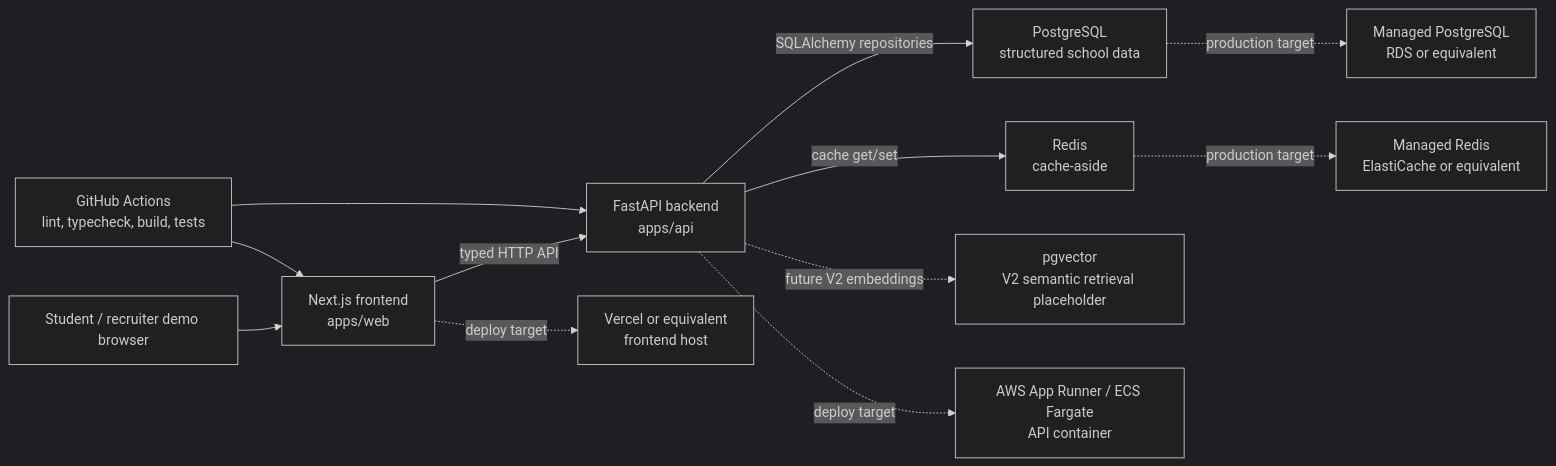
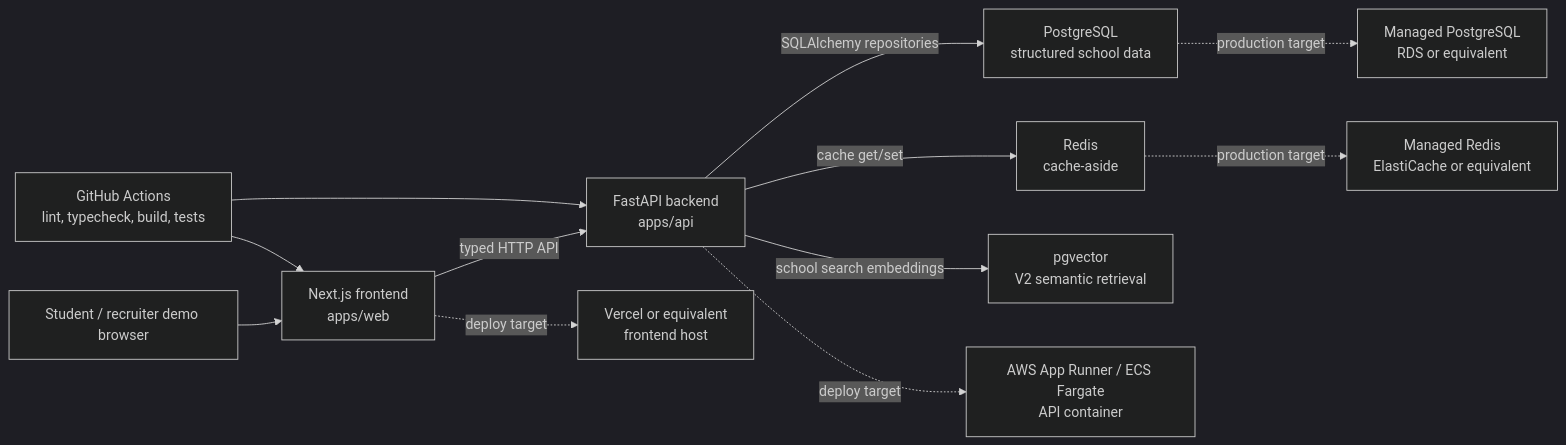
Before and after one commit to codysj/College-Explorer: the diagram in README.md, drawn with Mermaid (dark theme). The commit also changed other lines of this file and 17 other files, not shown here.

````diff
--- a/README.md
+++ b/README.md
@@ -38,27 +39,27 @@
 ```mermaid
 flowchart LR
     user["Student / recruiter demo browser"]
     web["Next.js frontend<br/>apps/web"]
     api["FastAPI backend<br/>apps/api"]
     pg["PostgreSQL<br/>structured school data"]
     redis["Redis<br/>cache-aside"]
-    pgvector["pgvector<br/>V2 semantic retrieval placeholder"]
+    pgvector["pgvector<br/>V2 semantic retrieval"]
     gha["GitHub Actions<br/>lint, typecheck, build, tests"]
     vercel["Vercel or equivalent<br/>frontend host"]
     aws["AWS App Runner / ECS Fargate<br/>API container"]
     rds["Managed PostgreSQL<br/>RDS or equivalent"]
     elasticache["Managed Redis<br/>ElastiCache or equivalent"]
 
     user --> web
     web -->|"typed HTTP API"| api
     api -->|"SQLAlchemy repositories"| pg
     api -->|"cache get/set"| redis
-    api -. "future V2 embeddings" .-> pgvector
+    api -->|"school search embeddings"| pgvector
 
     gha --> web
     gha --> api
     web -. "deploy target" .-> vercel
     api -. "deploy target" .-> aws
     pg -. "production target" .-> rds
     redis -. "production target" .-> elasticache
 ```
````
